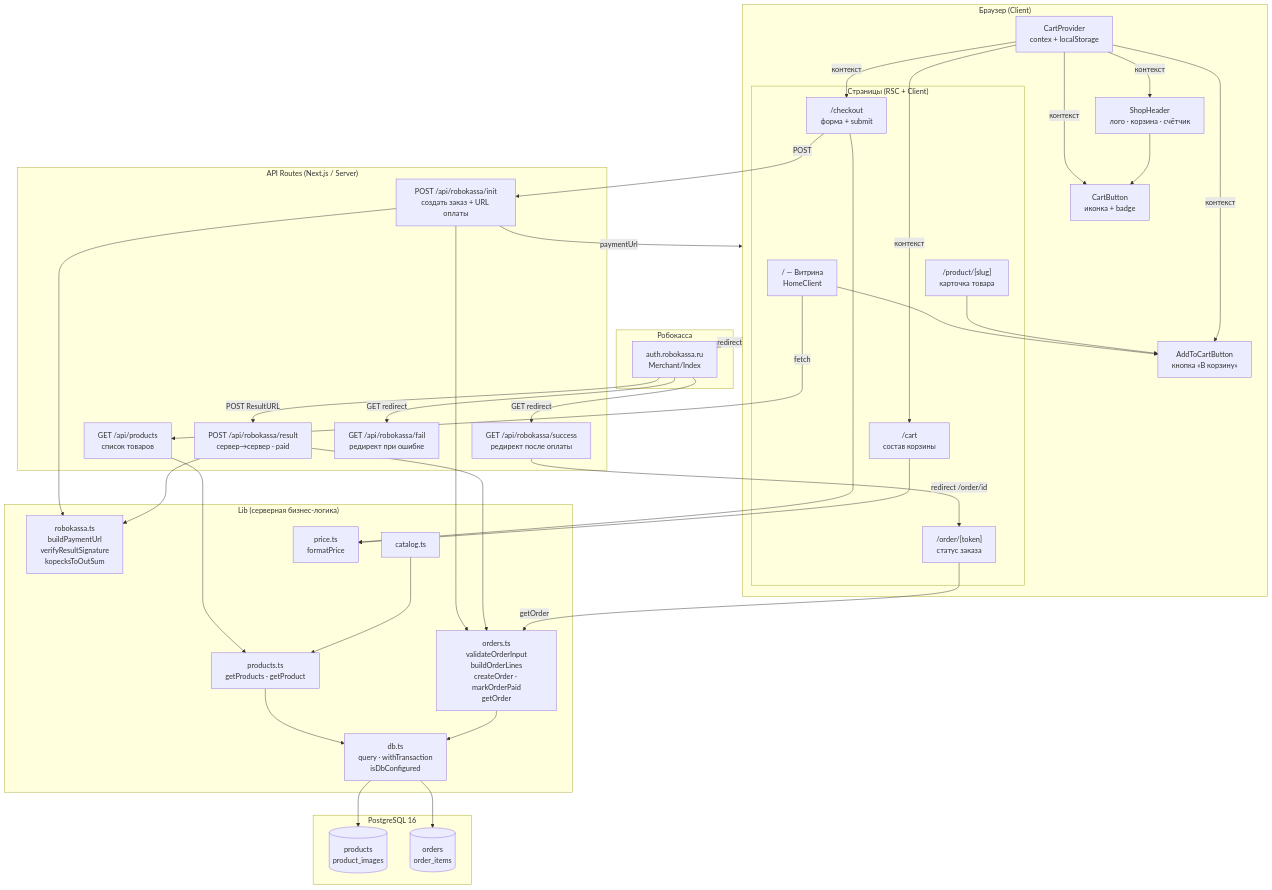
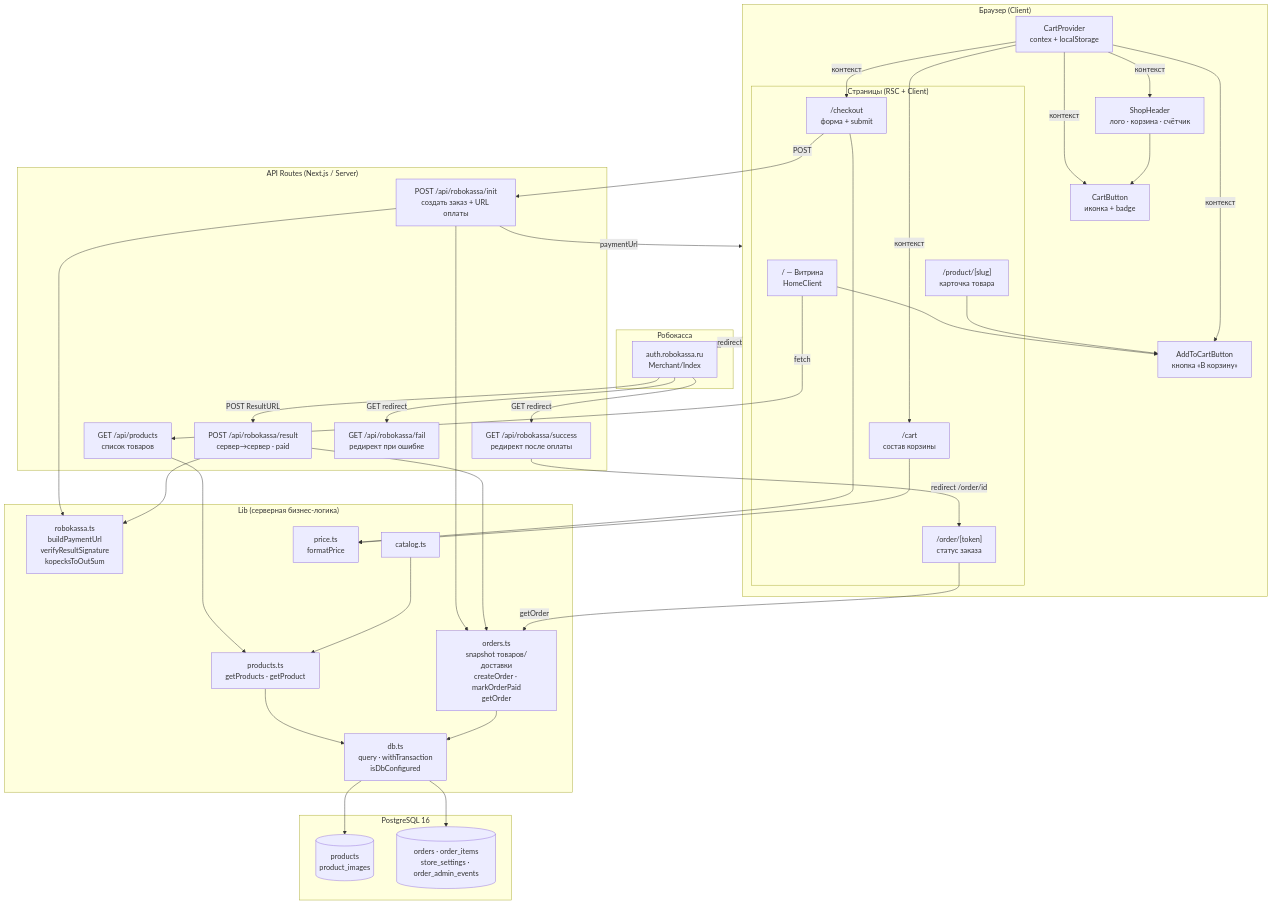
One commit to alexzah-droid/mavita changed the second of 2 diagrams in architecture-components.md. Above: the diagram before and after it, drawn with Mermaid. The commit also changed other lines of this file and 57 other files, not shown here.

```diff
--- a/architecture-components.md
+++ b/architecture-components.md
@@ -123,7 +123,7 @@
     end
 
     subgraph Lib["Lib (серверная бизнес-логика)"]
-        LO["orders.ts<br/>validateOrderInput<br/>buildOrderLines<br/>createOrder · markOrderPaid<br/>getOrder"]
+        LO["orders.ts<br/>snapshot товаров/доставки<br/>createOrder · markOrderPaid<br/>getOrder"]
         LR["robokassa.ts<br/>buildPaymentUrl<br/>verifyResultSignature<br/>kopecksToOutSum"]
         LP["products.ts<br/>getProducts · getProduct"]
         LC[catalog.ts]
@@ -133,7 +133,7 @@
 
     subgraph DB_Layer["PostgreSQL 16"]
         T1[("products<br/>product_images")]
-        T2[("orders<br/>order_items")]
+        T2[("orders · order_items<br/>store_settings · order_admin_events")]
     end
 
     subgraph Robokassa["Робокасса"]
```
